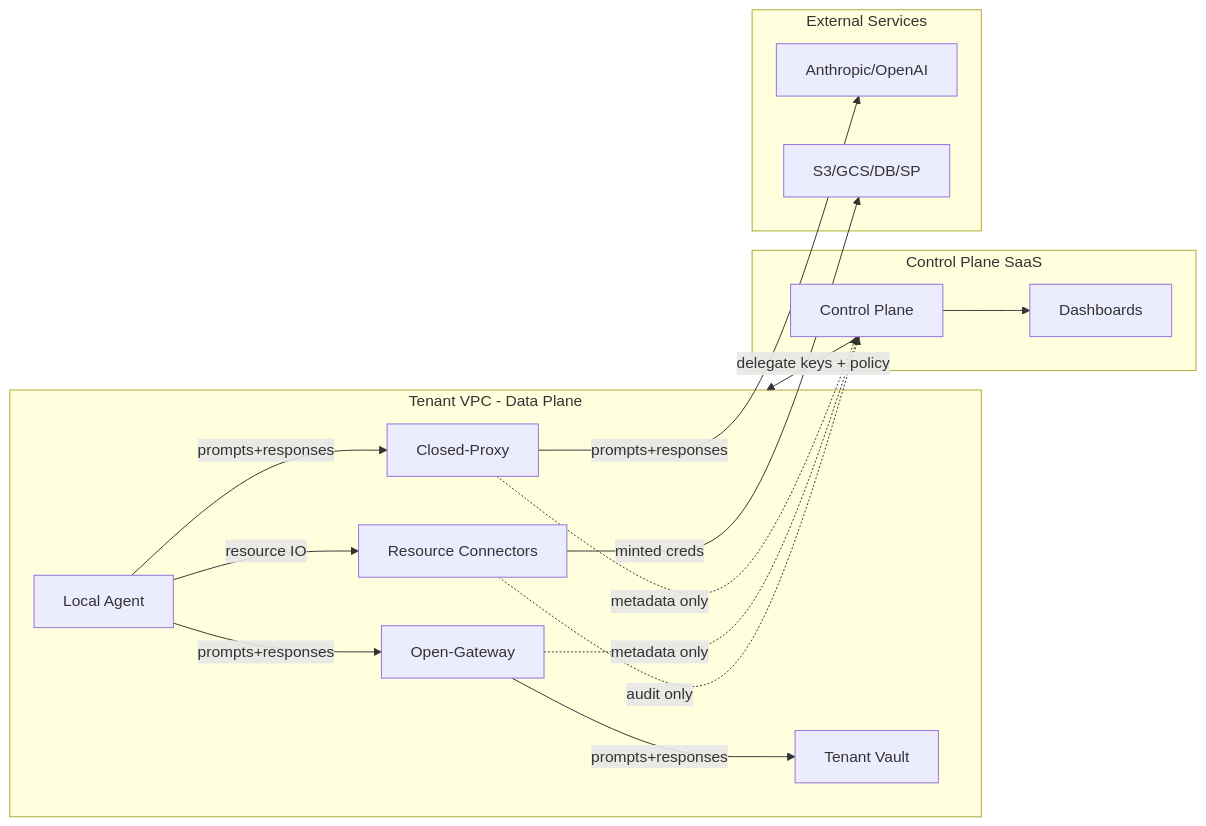
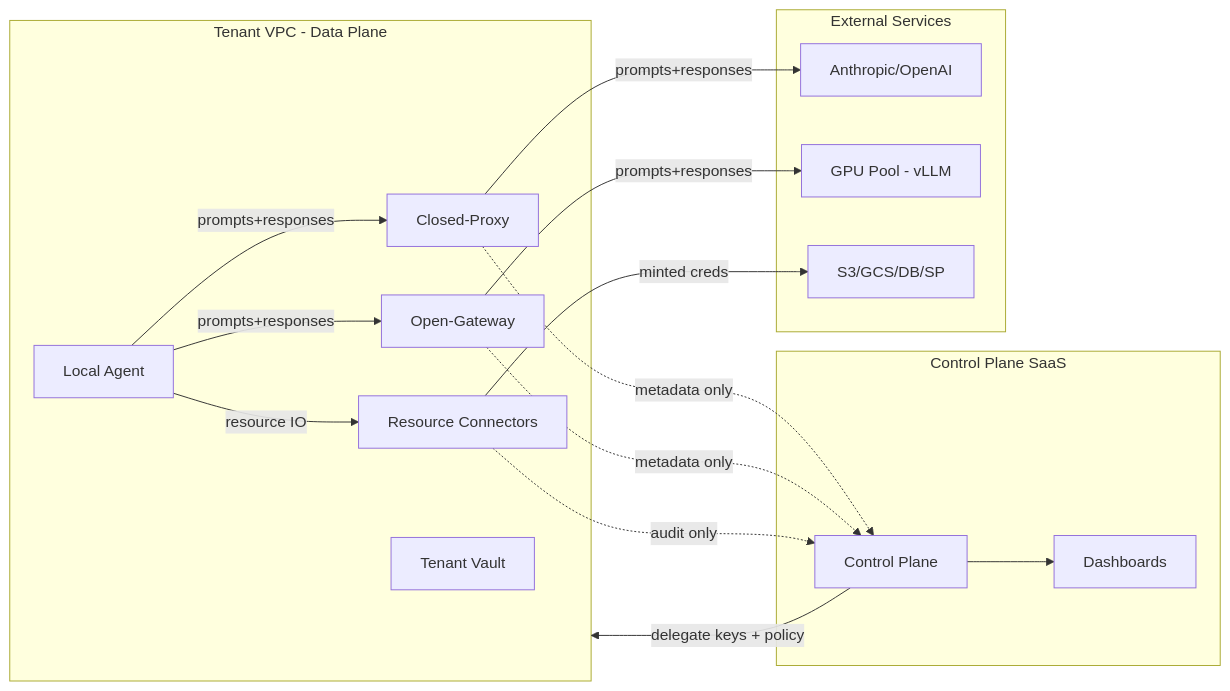
One commit to armdeployment/arm changed the second of 7 diagrams in docs/arm-spec.md. Above: the diagram before and after it, drawn with Mermaid. The commit also changed other lines of this file and 2 other files, not shown here.

````diff
--- a/docs/arm-spec.md
+++ b/docs/arm-spec.md
@@ -166,30 +165,31 @@
 ```mermaid
 flowchart LR
   subgraph Tenant[Tenant VPC - Data Plane]
     A[Local Agent]
     P[Closed-Proxy]
     G[Open-Gateway]
     R[Resource Connectors]
     V[Tenant Vault]
   end
   subgraph SaaS[Control Plane SaaS]
     C[Control Plane]
     D[Dashboards]
   end
   subgraph Ext[External Services]
     L[Anthropic/OpenAI]
+    GPU[GPU Pool - vLLM]
     S3[S3/GCS/DB/SP]
   end
 
   A -->|prompts+responses| P
   A -->|prompts+responses| G
   A -->|resource IO| R
   P -->|prompts+responses| L
-  G -->|prompts+responses| V
+  G -->|prompts+responses| GPU
   R -->|minted creds| S3
   P -.metadata only.-> C
   G -.metadata only.-> C
   R -.audit only.-> C
   C --> D
   C -->|delegate keys + policy| Tenant
 ```
````
